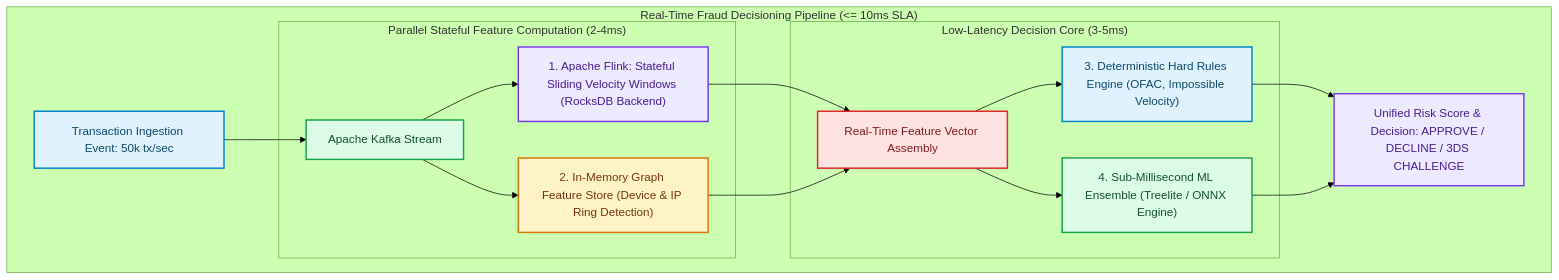
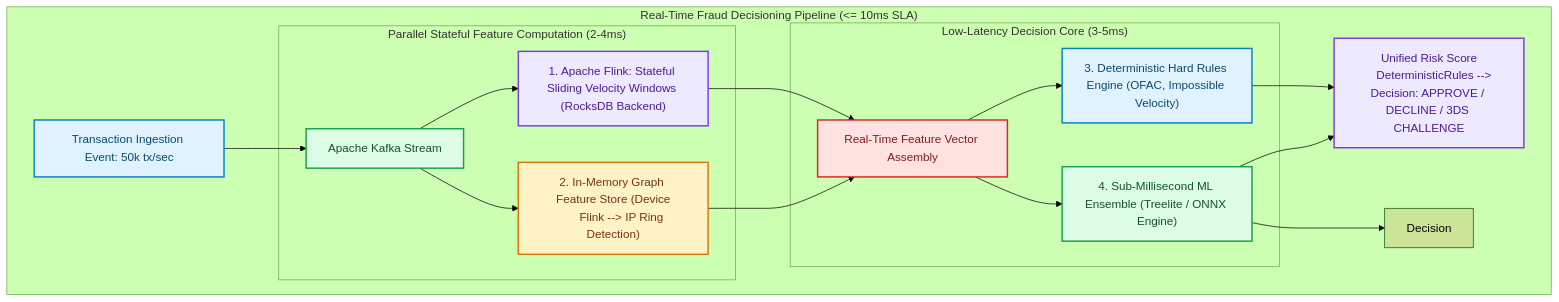
One commit to akmalkhaniub/akmalkhaniub.github.io changed the first of 3 diagrams in blog/posts/real-time-fraud-detection-visa-stripe-apache-flink-graph-feature-stores.md. Above: the diagram before and after it, drawn with Mermaid (forest theme). The commit also changed other lines of this file and 894 other files, not shown here.

Commit message:
feat(blog): upgrade all 444 posts with unique staggered dates, 2-col Mermaid spines, benchmark tables, code blocks, and trade-offs

````diff
--- a/blog/posts/real-time-fraud-detection-visa-stripe-apache-flink-graph-feature-stores.md
+++ b/blog/posts/real-time-fraud-detection-visa-stripe-apache-flink-graph-feature-stores.md
@@ -13,31 +13,36 @@
 ```mermaid
 flowchart TD
   subgraph SG1_RealTimeFraud ["Real-Time Fraud Decisioning Pipeline (<= 10ms SLA)"]
     TxEvent["Transaction Ingestion Event: 50k tx/sec"] --> Kafka["Apache Kafka Stream"]
     
     subgraph SG2_ParallelStatefulFeature ["Parallel Stateful Feature Computation (2-4ms)"]
       Kafka --> Flink["1. Apache Flink: Stateful Sliding Velocity Windows (RocksDB Backend)"]
-      Kafka --> GraphStore["2. In-Memory Graph Feature Store (Device & IP Ring Detection)"]
+      Kafka --> GraphStore["2. In-Memory Graph Feature Store (Device
+      Flink --> IP Ring Detection)"]
     end
     
-    Flink & GraphStore --> FeatureAggregator["Real-Time Feature Vector Assembly"]
+    Flink --> FeatureAggregator["Real-Time Feature Vector Assembly"]
+    GraphStore --> FeatureAggregator
     
     subgraph SG3_LowLatencyDecision ["Low-Latency Decision Core (3-5ms)"]
       FeatureAggregator --> DeterministicRules["3. Deterministic Hard Rules Engine (OFAC, Impossible Velocity)"]
       FeatureAggregator --> MLInference["4. Sub-Millisecond ML Ensemble (Treelite / ONNX Engine)"]
     end
     
-    DeterministicRules & MLInference --> DecisionGate["Unified Risk Score & Decision: APPROVE / DECLINE / 3DS CHALLENGE"]
+    DeterministicRules --> DecisionGate["Unified Risk Score
+    DeterministicRules --> Decision: APPROVE / DECLINE / 3DS CHALLENGE"]
+    MLInference --> DecisionGate
+    MLInference --> Decision
   end
 
 classDef green fill:#dcfce7,stroke:#16a34a,stroke-width:2px,color:#14532d;
 classDef red fill:#fee2e2,stroke:#dc2626,stroke-width:2px,color:#7f1d1d;
 classDef blue fill:#e0f2fe,stroke:#0284c7,stroke-width:2px,color:#0c4a6e;
 classDef yellow fill:#fef3c7,stroke:#d97706,stroke-width:2px,color:#78350f;
 classDef purple fill:#ede9fe,stroke:#7c3aed,stroke-width:2px,color:#4c1d95;
 class TxEvent,DeterministicRules blue
 class Kafka,MLInference green
 class Flink,DecisionGate purple
 class GraphStore yellow
 class FeatureAggregator red
 ```
````
